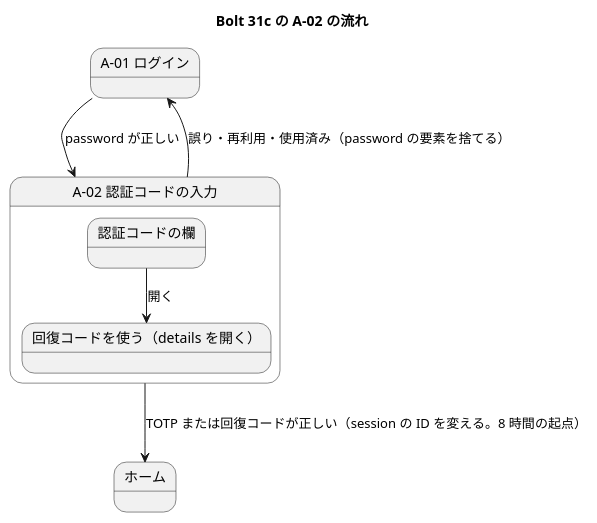
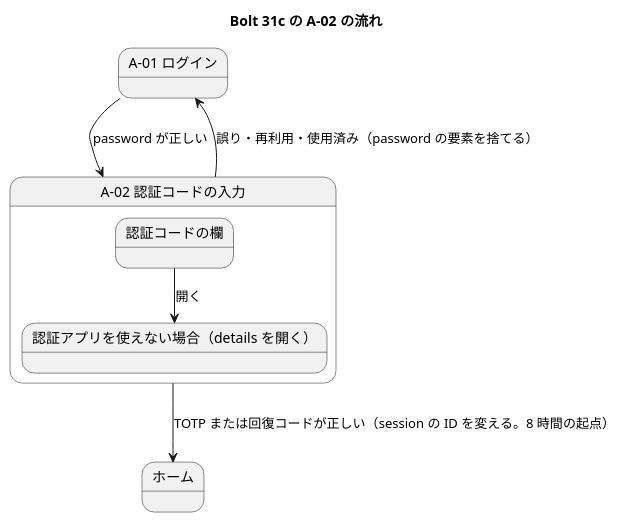
Before and after one commit to k2works/practical-domain-driven-design-in-enterpris-application: the second of 3 diagrams in docs/development/cargo-tracker/bolt_31c_plan.md, drawn with PlantUML. The commit also changed other lines of this file and 4 other files, not shown here.

````diff
--- a/docs/development/cargo-tracker/bolt_31c_plan.md
+++ b/docs/development/cargo-tracker/bolt_31c_plan.md
@@ -138,15 +148,15 @@
 ```plantuml
 @startuml
 title Bolt 31c の A-02 の流れ
 state "A-01 ログイン" as Login
 state "A-02 認証コードの入力" as Totp {
   state "認証コードの欄" as Code
-  state "回復コードを使う（details を開く）" as Recovery
+  state "認証アプリを使えない場合（details を開く）" as Recovery
   Code --> Recovery : 開く
 }
 state "ホーム" as Home
 Login --> Totp : password が正しい
 Totp --> Home : TOTP または回復コードが正しい（session の ID を変える。8 時間の起点）
 Totp --> Login : 誤り・再利用・使用済み（password の要素を捨てる）
 @enduml
 ```
````
